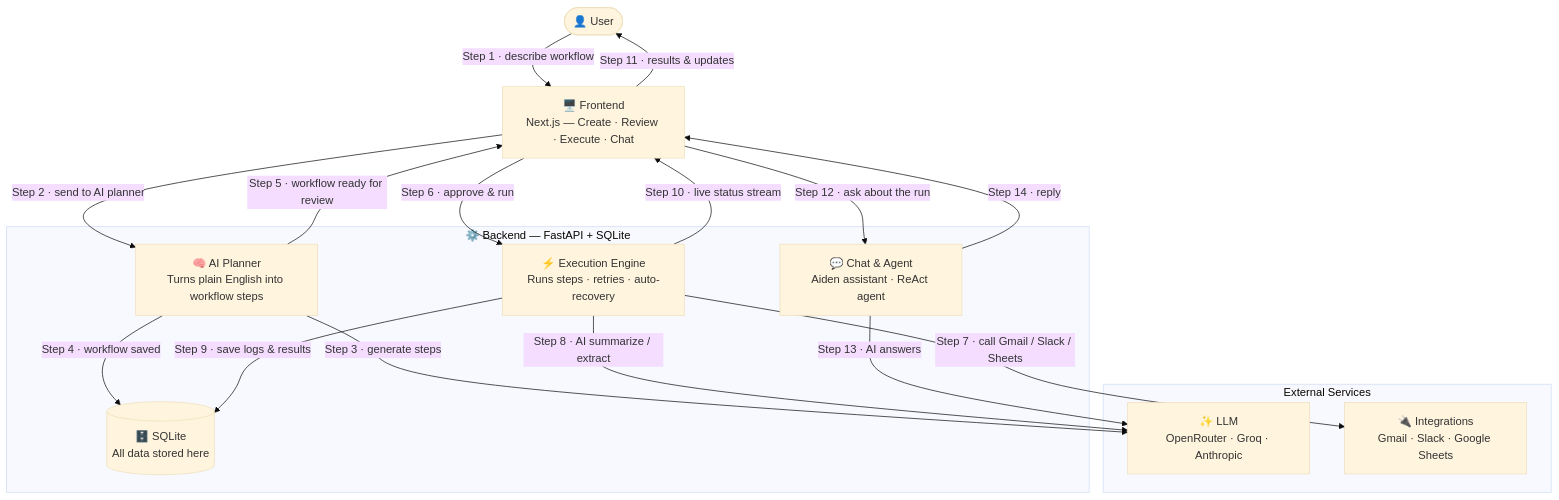
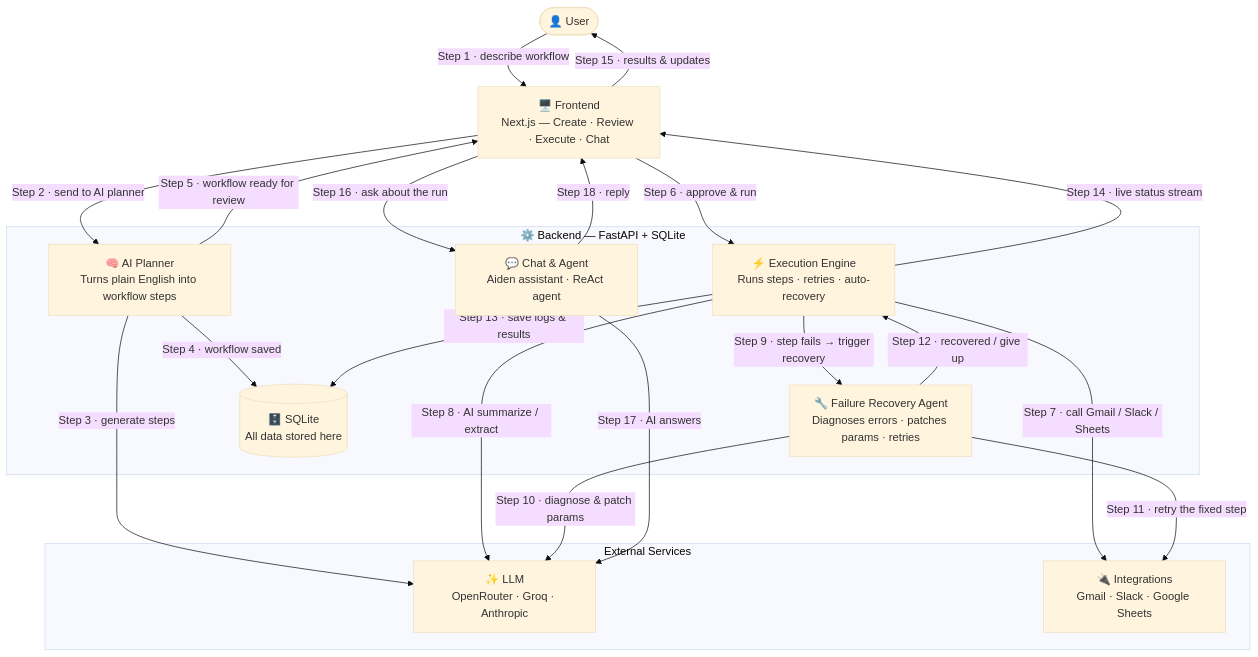
One commit to KompallyAkhil/FlowForge changed the first of 2 diagrams in README.md. Above: the diagram before and after it, drawn with Mermaid (base theme).

Commit message:
refactor: update flowchart in README to include failure recovery agent and enhance error handling steps

````diff
--- a/README.md
+++ b/README.md
@@ -92,33 +92,38 @@
 ```mermaid
 flowchart TB
     User(["👤 User"])
 
     FE["🖥️ Frontend\nNext.js — Create · Review · Execute · Chat"]
 
     subgraph Backend["⚙️ Backend — FastAPI + SQLite"]
         Planner["🧠 AI Planner\nTurns plain English into workflow steps"]
         Engine["⚡ Execution Engine\nRuns steps · retries · auto-recovery"]
+        FailAgent["🔧 Failure Recovery Agent\nDiagnoses errors · patches params · retries"]
         Chat["💬 Chat & Agent\nAiden assistant · ReAct agent"]
         DB[("🗄️ SQLite\nAll data stored here")]
     end
 
     subgraph External["External Services"]
         LLM["✨ LLM\nOpenRouter · Groq · Anthropic"]
         APIs["🔌 Integrations\nGmail · Slack · Google Sheets"]
     end
 
-    User         -->|"Step 1 · describe workflow"| FE
-    FE           -->|"Step 2 · send to AI planner"| Planner
-    Planner      -->|"Step 3 · generate steps"| LLM
-    Planner      -->|"Step 4 · workflow saved"| DB
-    Planner      -->|"Step 5 · workflow ready for review"| FE
-    FE           -->|"Step 6 · approve & run"| Engine
-    Engine       -->|"Step 7 · call Gmail / Slack / Sheets"| APIs
-    Engine       -->|"Step 8 · AI summarize / extract"| LLM
-    Engine       -->|"Step 9 · save logs & results"| DB
-    Engine       -->|"Step 10 · live status stream"| FE
-    FE           -->|"Step 11 · results & updates"| User
-    FE           -->|"Step 12 · ask about the run"| Chat
-    Chat         -->|"Step 13 · AI answers"| LLM
-    Chat         -->|"Step 14 · reply"| FE
+    User      -->|"Step 1 · describe workflow"| FE
+    FE        -->|"Step 2 · send to AI planner"| Planner
+    Planner   -->|"Step 3 · generate steps"| LLM
+    Planner   -->|"Step 4 · workflow saved"| DB
+    Planner   -->|"Step 5 · workflow ready for review"| FE
+    FE        -->|"Step 6 · approve & run"| Engine
+    Engine    -->|"Step 7 · call Gmail / Slack / Sheets"| APIs
+    Engine    -->|"Step 8 · AI summarize / extract"| LLM
+    Engine    -->|"Step 9 · step fails → trigger recovery"| FailAgent
+    FailAgent -->|"Step 10 · diagnose & patch params"| LLM
+    FailAgent -->|"Step 11 · retry the fixed step"| APIs
+    FailAgent -->|"Step 12 · recovered / give up"| Engine
+    Engine    -->|"Step 13 · save logs & results"| DB
+    Engine    -->|"Step 14 · live status stream"| FE
+    FE        -->|"Step 15 · results & updates"| User
+    FE        -->|"Step 16 · ask about the run"| Chat
+    Chat      -->|"Step 17 · AI answers"| LLM
+    Chat      -->|"Step 18 · reply"| FE
 ```
````
